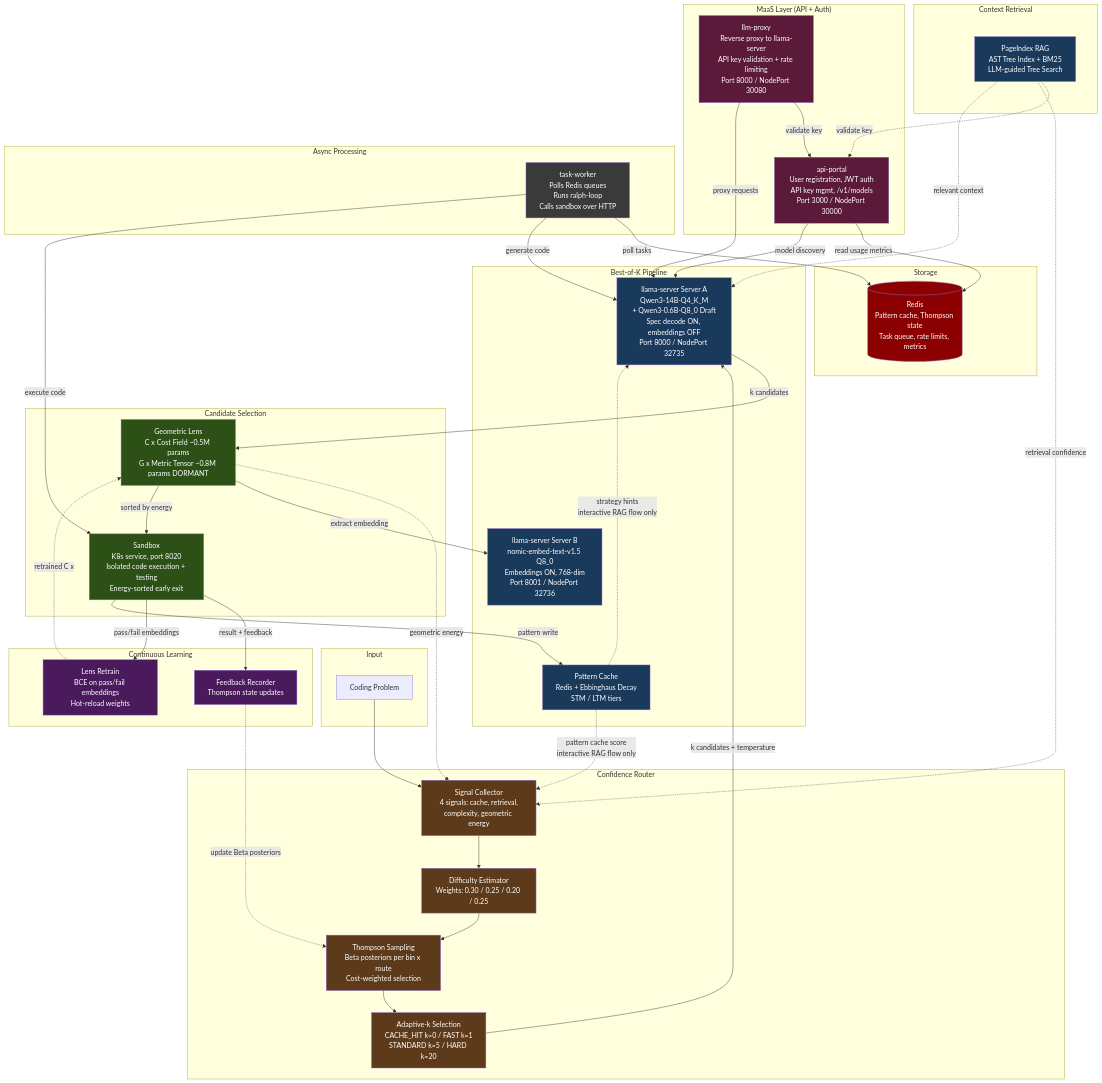
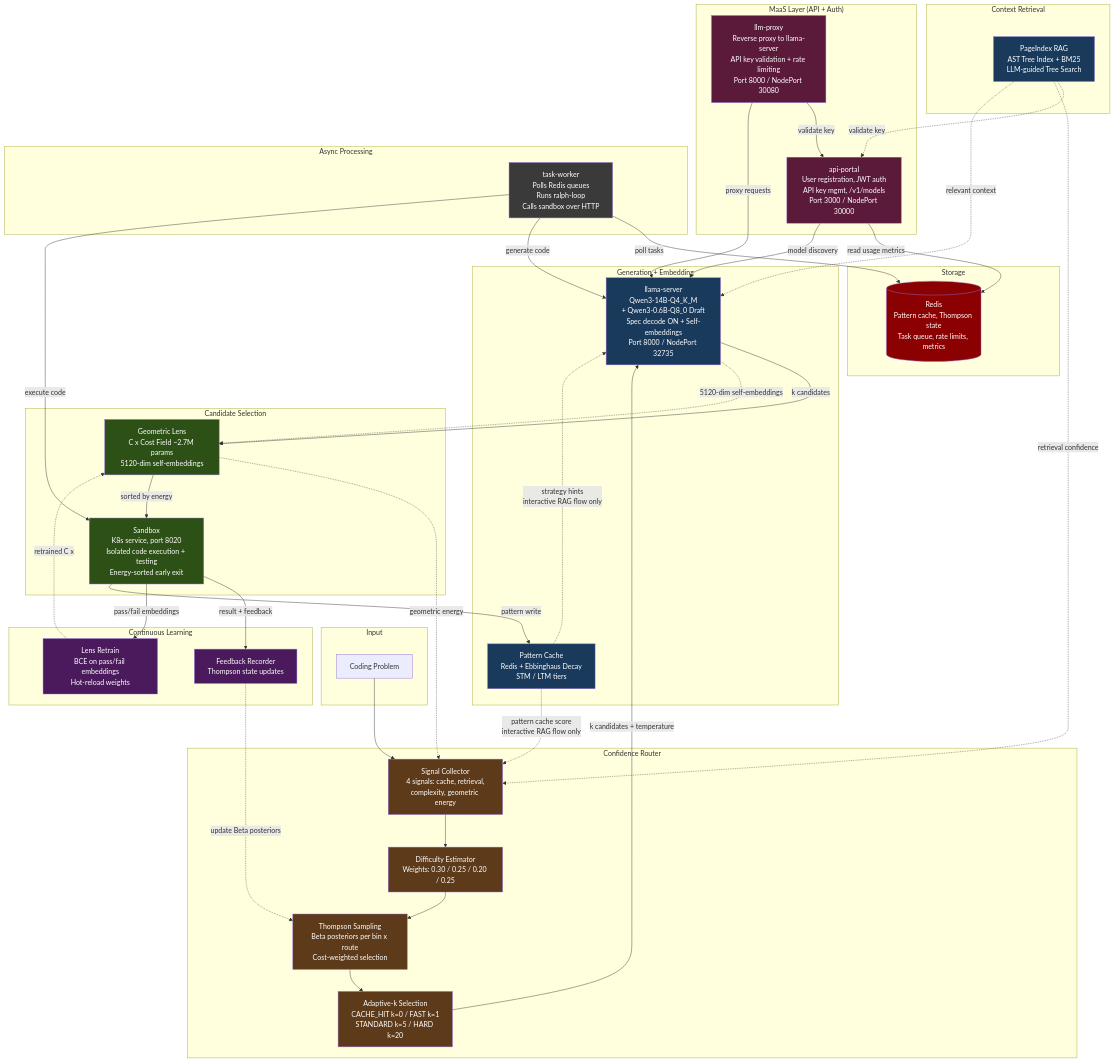
Before and after one commit to itigges22/ATLAS: the first of 3 diagrams in docs/ARCHITECTURE.md, drawn with Mermaid. The commit also changed other lines of this file and 63 other files, not shown here.

Commit message:
docs: V3.0 release — ablation report, README, architecture, full documentation update

````diff
--- a/docs/ARCHITECTURE.md
+++ b/docs/ARCHITECTURE.md
@@ -28,14 +28,13 @@
     AK[Adaptive-k Selection<br/>CACHE_HIT k=0 / FAST k=1<br/>STANDARD k=5 / HARD k=20]
   end
 
-  subgraph Generation["Best-of-K Pipeline"]
-    LS[llama-server Server A<br/>Qwen3-14B-Q4_K_M<br/>+ Qwen3-0.6B-Q8_0 Draft<br/>Spec decode ON, embeddings OFF<br/>Port 8000 / NodePort 32735]
-    EM[llama-server Server B<br/>nomic-embed-text-v1.5 Q8_0<br/>Embeddings ON, 768-dim<br/>Port 8001 / NodePort 32736]
+  subgraph Generation["Generation + Embedding"]
+    LS[llama-server<br/>Qwen3-14B-Q4_K_M<br/>+ Qwen3-0.6B-Q8_0 Draft<br/>Spec decode ON + Self-embeddings<br/>Port 8000 / NodePort 32735]
     PC[Pattern Cache<br/>Redis + Ebbinghaus Decay<br/>STM / LTM tiers]
   end
 
   subgraph Evaluation["Candidate Selection"]
-    GL[Geometric Lens<br/>C x Cost Field ~0.5M params<br/>G x Metric Tensor ~0.8M params DORMANT]
+    GL[Geometric Lens<br/>C x Cost Field ~2.7M params<br/>5120-dim self-embeddings]
     SB[Sandbox<br/>K8s service, port 8020<br/>Isolated code execution + testing<br/>Energy-sorted early exit]
   end
 
@@ -79,7 +78,7 @@
 
   %% Evaluation flow
   LS -->|k candidates| GL
-  GL -->|extract embedding| EM
+  LS -.->|5120-dim self-embeddings| GL
   GL -->|sorted by energy| SB
   SB -->|result + feedback| FR
   SB -->|pass/fail embeddings| RT
@@ -106,6 +105,5 @@
   style FR fill:#4a1a5c,color:#fff
   style RT fill:#4a1a5c,color:#fff
   style TW fill:#3a3a3a,color:#fff
-  style EM fill:#1a3a5c,color:#fff
   style RD fill:#8b0000,color:#fff
 ```
````
